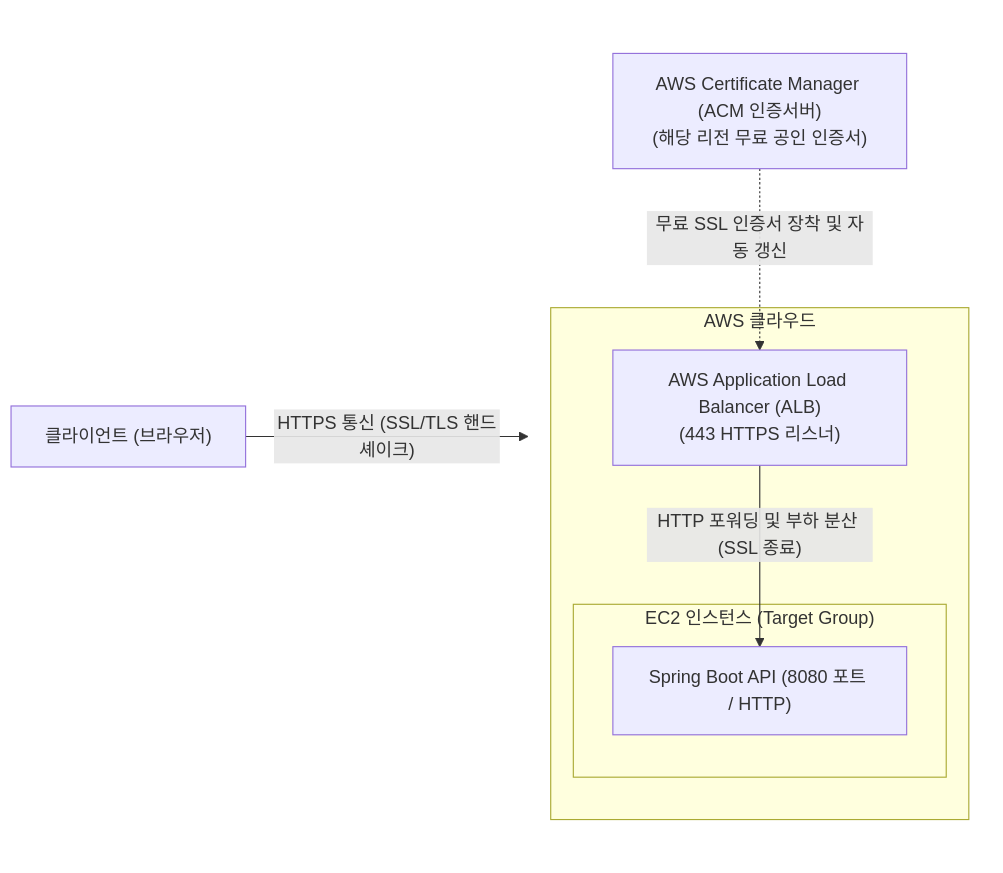
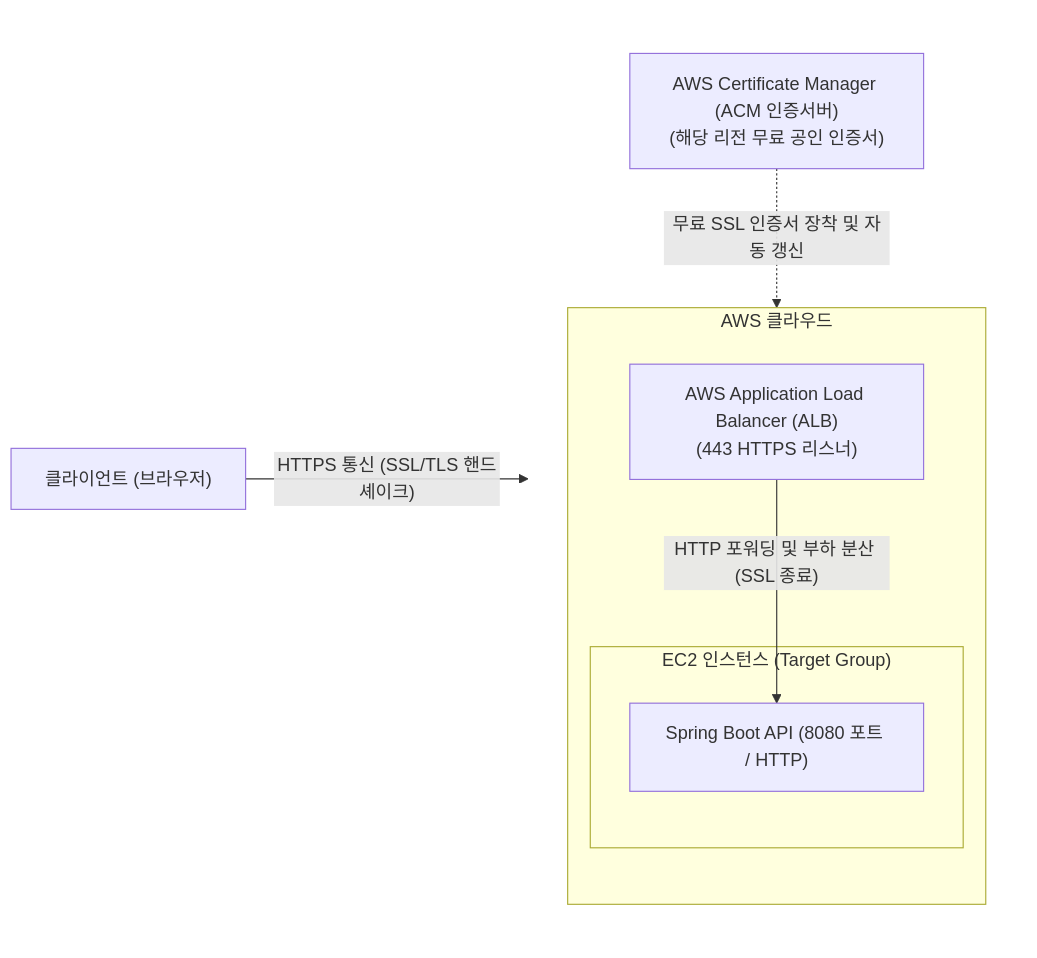
One commit to likelion-backend-25th/22-project-sns changed the fourth of 4 diagrams in guide/04.challenge.md. Above: the diagram before and after it, drawn with Mermaid. The commit also changed other lines of this file, not shown here.

````diff
--- a/guide/04.challenge.md
+++ b/guide/04.challenge.md
@@ -336,22 +341,23 @@
 ```mermaid
 flowchart LR
     Client["클라이언트 (브라우저)"]
 
     subgraph ServerSide[" "]
         direction TB
         ACM["AWS Certificate Manager (ACM 인증서버)<br/>(해당 리전 무료 공인 인증서)"]
 
         subgraph AWS["AWS 클라우드"]
+            direction TB
             ALB["AWS Application Load Balancer (ALB)<br/>(443 HTTPS 리스너)"]
             subgraph EC2["EC2 인스턴스 (Target Group)"]
                 SpringBoot["Spring Boot API (8080 포트 / HTTP)"]
             end
         end
     end
 
     Client -->|"HTTPS 통신 (SSL/TLS 핸드셰이크)"| ALB
     ACM -.->|"무료 SSL 인증서 장착 및 자동 갱신"| ALB
     ALB -->|"HTTP 포워딩 및 부하 분산 (SSL 종료)"| SpringBoot
 
     style ServerSide fill:none,stroke:none
 ```
````
